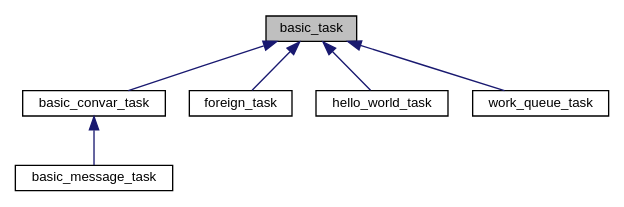
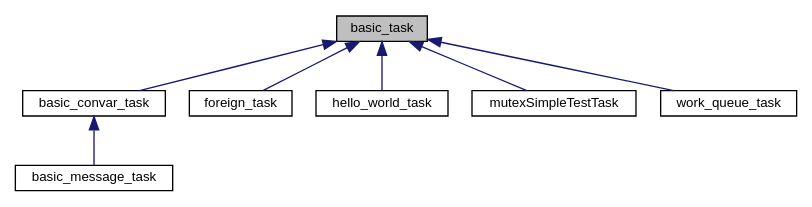
The diagram in docs/classbasic__task__inherit__graph.dot (RoseLeBlood/mnthread-docs), drawn with Graphviz before and after one commit. The commit also changed 684 other files, not shown here.

```diff
--- a/docs/classbasic__task__inherit__graph.dot
+++ b/docs/classbasic__task__inherit__graph.dot
@@ -1,17 +1,19 @@
 digraph "basic_task"
 {
  // LATEX_PDF_SIZE
   edge [fontname="Helvetica",fontsize="10",labelfontname="Helvetica",labelfontsize="10"];
   node [fontname="Helvetica",fontsize="10",shape=record];
   Node1 [label="basic_task",height=0.2,width=0.4,color="black", fillcolor="grey75", style="filled", fontcolor="black",tooltip=" "];
   Node1 -> Node2 [dir="back",color="midnightblue",fontsize="10",style="solid",fontname="Helvetica"];
   Node2 [label="basic_convar_task",height=0.2,width=0.4,color="black", fillcolor="white", style="filled",URL="$classbasic__convar__task.html",tooltip=" "];
   Node2 -> Node3 [dir="back",color="midnightblue",fontsize="10",style="solid",fontname="Helvetica"];
   Node3 [label="basic_message_task",height=0.2,width=0.4,color="black", fillcolor="white", style="filled",URL="$classbasic__message__task.html",tooltip=" "];
   Node1 -> Node4 [dir="back",color="midnightblue",fontsize="10",style="solid",fontname="Helvetica"];
   Node4 [label="foreign_task",height=0.2,width=0.4,color="black", fillcolor="white", style="filled",URL="$classforeign__task.html",tooltip=" "];
   Node1 -> Node5 [dir="back",color="midnightblue",fontsize="10",style="solid",fontname="Helvetica"];
   Node5 [label="hello_world_task",height=0.2,width=0.4,color="black", fillcolor="white", style="filled",URL="$classhello__world__task.html",tooltip=" "];
   Node1 -> Node6 [dir="back",color="midnightblue",fontsize="10",style="solid",fontname="Helvetica"];
-  Node6 [label="work_queue_task",height=0.2,width=0.4,color="black", fillcolor="white", style="filled",URL="$classwork__queue__task.html",tooltip=" "];
+  Node6 [label="mutexSimpleTestTask",height=0.2,width=0.4,color="black", fillcolor="white", style="filled",URL="$classmutex_simple_test_task.html",tooltip=" "];
+  Node1 -> Node7 [dir="back",color="midnightblue",fontsize="10",style="solid",fontname="Helvetica"];
+  Node7 [label="work_queue_task",height=0.2,width=0.4,color="black", fillcolor="white", style="filled",URL="$classwork__queue__task.html",tooltip=" "];
 }
```
